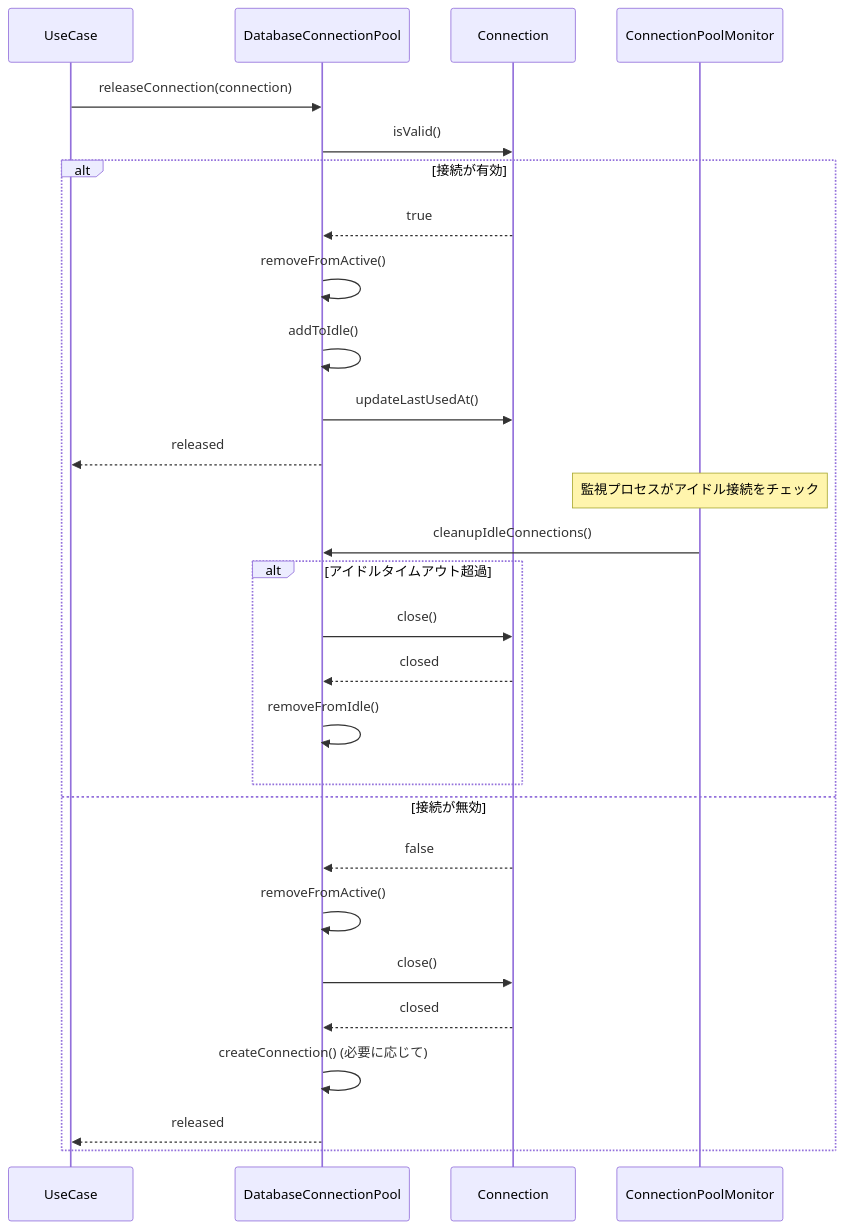
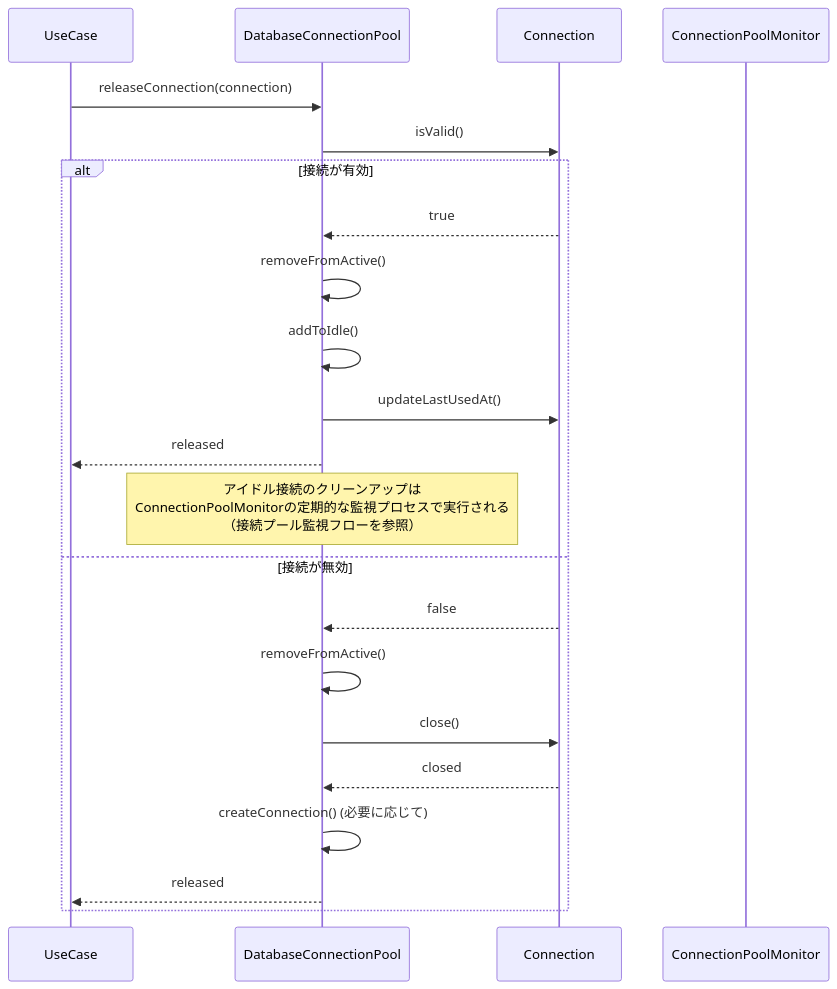
Before and after one commit to kencom2400/MrWebDefence-Console: the third of 6 diagrams in docs/detailed-design/MWD-81_database-connection-pool/sequence-diagrams.md, drawn with Mermaid. The commit also changed 4 other files, not shown here.

First line of the commit message:
fix(database-connection-pool): Geminiレビュー指摘を反映して設計書を修正 (MWD-81)

````diff
--- a/docs/detailed-design/MWD-81_database-connection-pool/sequence-diagrams.md
+++ b/docs/detailed-design/MWD-81_database-connection-pool/sequence-diagrams.md
@@ -71,33 +71,27 @@
 ```mermaid
 sequenceDiagram
     participant UseCase
     participant DatabaseConnectionPool
     participant Connection
     participant ConnectionPoolMonitor
 
     UseCase->>DatabaseConnectionPool: releaseConnection(connection)
     DatabaseConnectionPool->>Connection: isValid()
     
     alt 接続が有効
         Connection-->>DatabaseConnectionPool: true
         DatabaseConnectionPool->>DatabaseConnectionPool: removeFromActive()
         DatabaseConnectionPool->>DatabaseConnectionPool: addToIdle()
         DatabaseConnectionPool->>Connection: updateLastUsedAt()
         DatabaseConnectionPool-->>UseCase: released
         
-        Note over ConnectionPoolMonitor: 監視プロセスがアイドル接続をチェック
-        ConnectionPoolMonitor->>DatabaseConnectionPool: cleanupIdleConnections()
-        alt アイドルタイムアウト超過
-            DatabaseConnectionPool->>Connection: close()
-            Connection-->>DatabaseConnectionPool: closed
-            DatabaseConnectionPool->>DatabaseConnectionPool: removeFromIdle()
-        end
+        Note over DatabaseConnectionPool: アイドル接続のクリーンアップは<br/>ConnectionPoolMonitorの定期的な監視プロセスで実行される<br/>（接続プール監視フローを参照）
     else 接続が無効
         Connection-->>DatabaseConnectionPool: false
         DatabaseConnectionPool->>DatabaseConnectionPool: removeFromActive()
         DatabaseConnectionPool->>Connection: close()
         Connection-->>DatabaseConnectionPool: closed
         DatabaseConnectionPool->>DatabaseConnectionPool: createConnection() (必要に応じて)
         DatabaseConnectionPool-->>UseCase: released
     end
 ```
````
